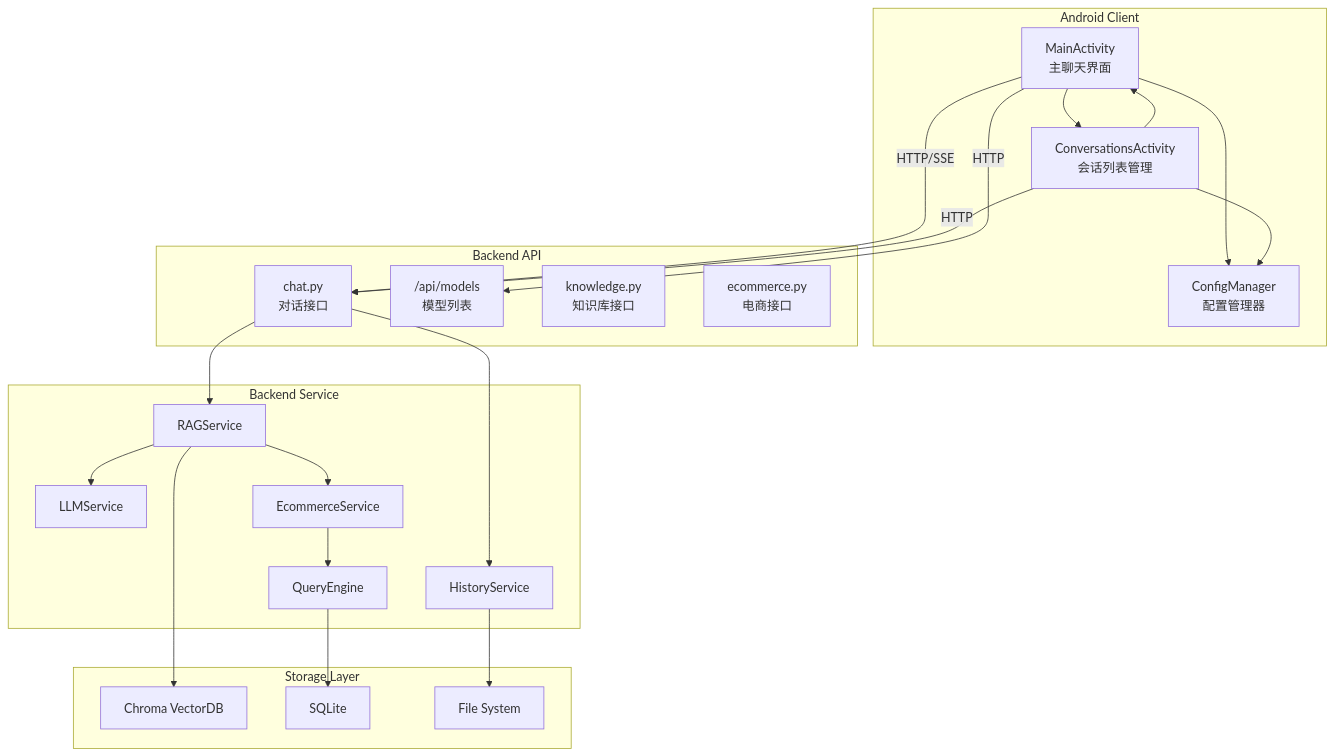
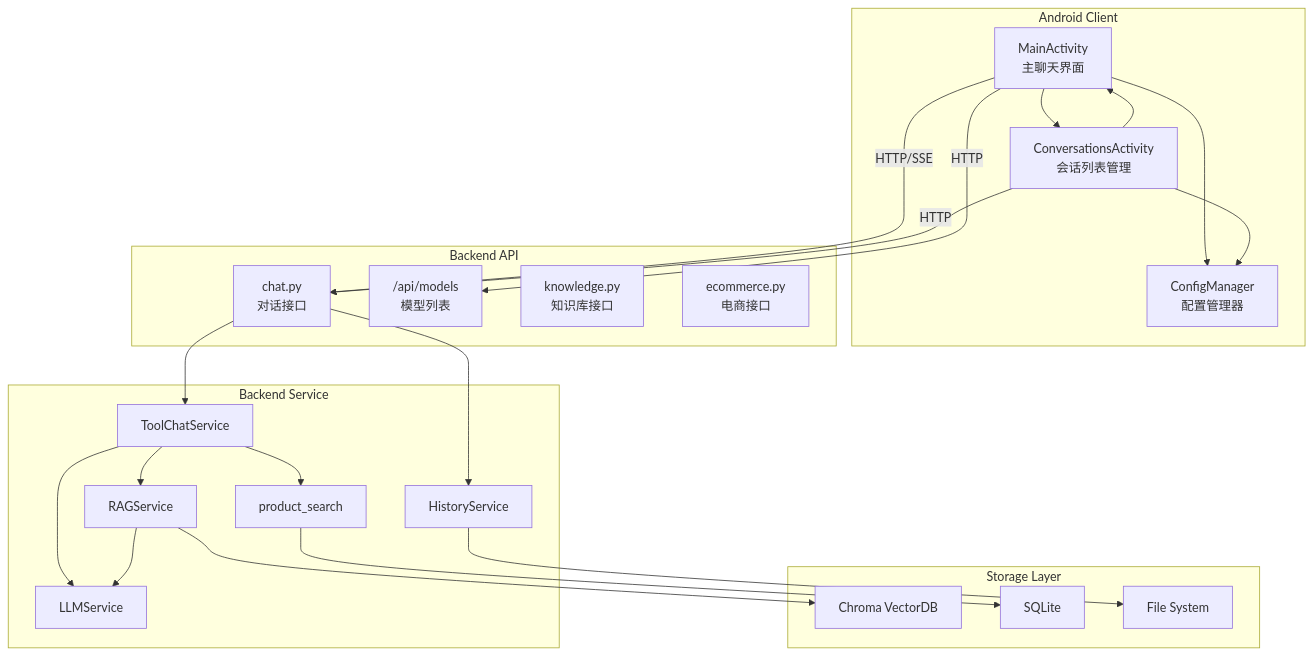
One commit to Fang-Chenxin/ragApp2 changed the diagram in docs/项目介绍说明.md. Above: the diagram before and after it, drawn with Mermaid. The commit also changed other lines of this file and 26 other files, not shown here.

````diff
--- a/docs/项目介绍说明.md
+++ b/docs/项目介绍说明.md
@@ -37,46 +37,47 @@
 ```mermaid
 graph TB
     subgraph "Android Client"
         MA["MainActivity<br/>主聊天界面"]
         CA["ConversationsActivity<br/>会话列表管理"]
         CM["ConfigManager<br/>配置管理器"]
         MA --> CA
         CA --> MA
         MA --> CM
         CA --> CM
     end
     
     subgraph "Backend API"
         CH["chat.py<br/>对话接口"]
         ML["/api/models<br/>模型列表"]
         KN["knowledge.py<br/>知识库接口"]
         EC["ecommerce.py<br/>电商接口"]
     end
     
     subgraph "Backend Service"
         LS["LLMService"]
         RS["RAGService"]
         HS["HistoryService"]
-        ES["EcommerceService"]
-        QE["QueryEngine"]
+        TC["ToolChatService"]
+        PS["product_search"]
     end
     
     subgraph "Storage Layer"
         VS["Chroma VectorDB"]
         DB["SQLite"]
         FS["File System"]
     end
     
     MA -->|HTTP/SSE| CH
     MA -->|HTTP| ML
     CA -->|HTTP| CH
     
-    CH --> RS
+    CH --> TC
     CH --> HS
+    TC --> RS
+    TC --> PS
+    TC --> LS
     RS --> LS
     RS --> VS
-    RS --> ES
-    ES --> QE
-    QE --> DB
+    PS --> DB
     HS --> FS
 ```
````
